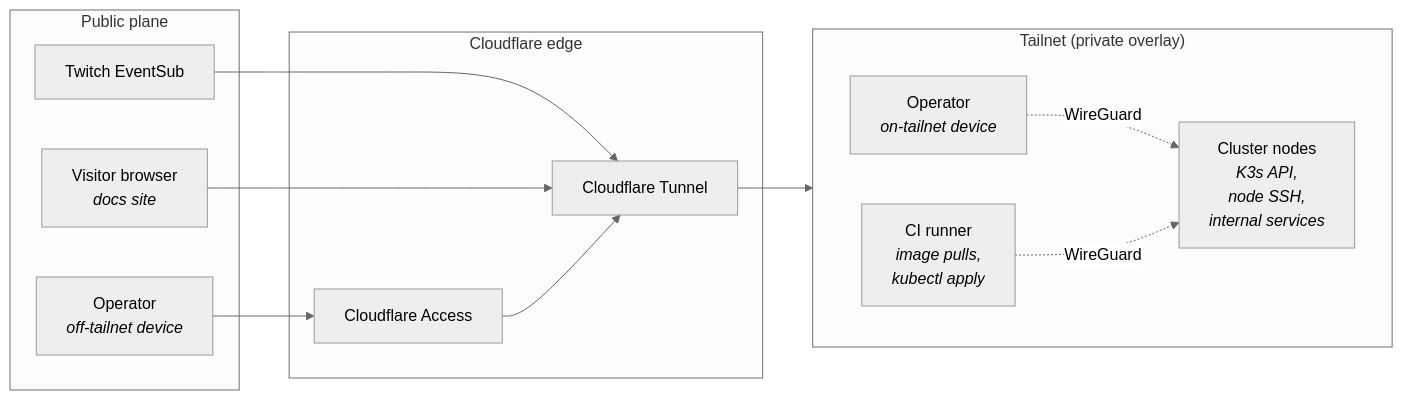
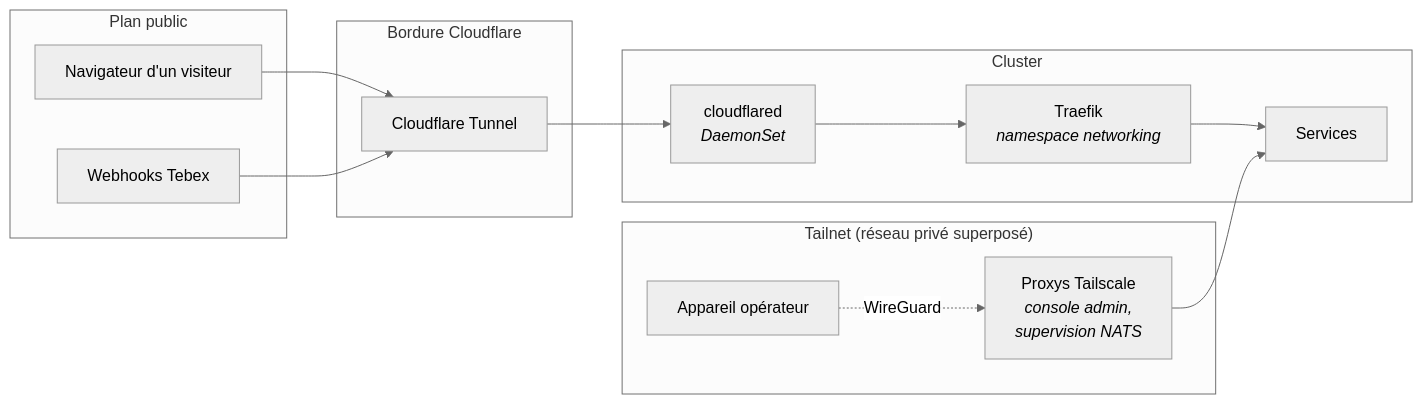
The diagram in web/docs/src/content/docs/fr/infrastructure/networking.md (AdamOusmer/ItsBagelBot), drawn with Mermaid (neutral theme) before and after one commit. The commit also changed other lines of this file and 97 other files, not shown here.

````diff
--- a/web/docs/src/content/docs/fr/infrastructure/networking.md
+++ b/web/docs/src/content/docs/fr/infrastructure/networking.md
@@ -14,29 +14,31 @@
 ```mermaid
 flowchart LR
-    subgraph Public["Public plane"]
-        Twitch[Twitch EventSub]
-        Browser["Visitor browser<br/><i>docs site</i>"]
-        OperatorOff["Operator<br/><i>off-tailnet device</i>"]
+    subgraph Public["Plan public"]
+        Browser["Navigateur d'un visiteur"]
+        Tebex["Webhooks Tebex"]
     end
 
-    subgraph Edge["Cloudflare edge"]
+    subgraph Edge["Bordure Cloudflare"]
         Tunnel[Cloudflare Tunnel]
-        Access[Cloudflare Access]
     end
 
-    subgraph Tailnet["Tailnet (private overlay)"]
-        direction LR
-        Nodes["Cluster nodes<br/><i>K3s API,<br/>node SSH,<br/>internal services</i>"]
-        OperatorOn["Operator<br/><i>on-tailnet device</i>"]
-        Runner["CI runner<br/><i>image pulls,<br/>kubectl apply</i>"]
+    subgraph Cluster["Cluster"]
+        Cloudflared["cloudflared<br/><i>DaemonSet</i>"]
+        Traefik["Traefik<br/><i>namespace networking</i>"]
+        Services["Services"]
     end
 
-    Twitch --> Tunnel
+    subgraph Tailnet["Tailnet (réseau privé superposé)"]
+        OperatorOn["Appareil opérateur"]
+        Proxies["Proxys Tailscale<br/><i>console admin,<br/>supervision NATS</i>"]
+    end
+
     Browser --> Tunnel
-    OperatorOff --> Access
-    Access --> Tunnel
-    Tunnel --> Nodes
+    Tebex --> Tunnel
+    Tunnel --> Cloudflared
+    Cloudflared --> Traefik
+    Traefik --> Services
 
-    OperatorOn -. WireGuard .-> Nodes
-    Runner -. WireGuard .-> Nodes
+    OperatorOn -. WireGuard .-> Proxies
+    Proxies --> Services
 ```
````
